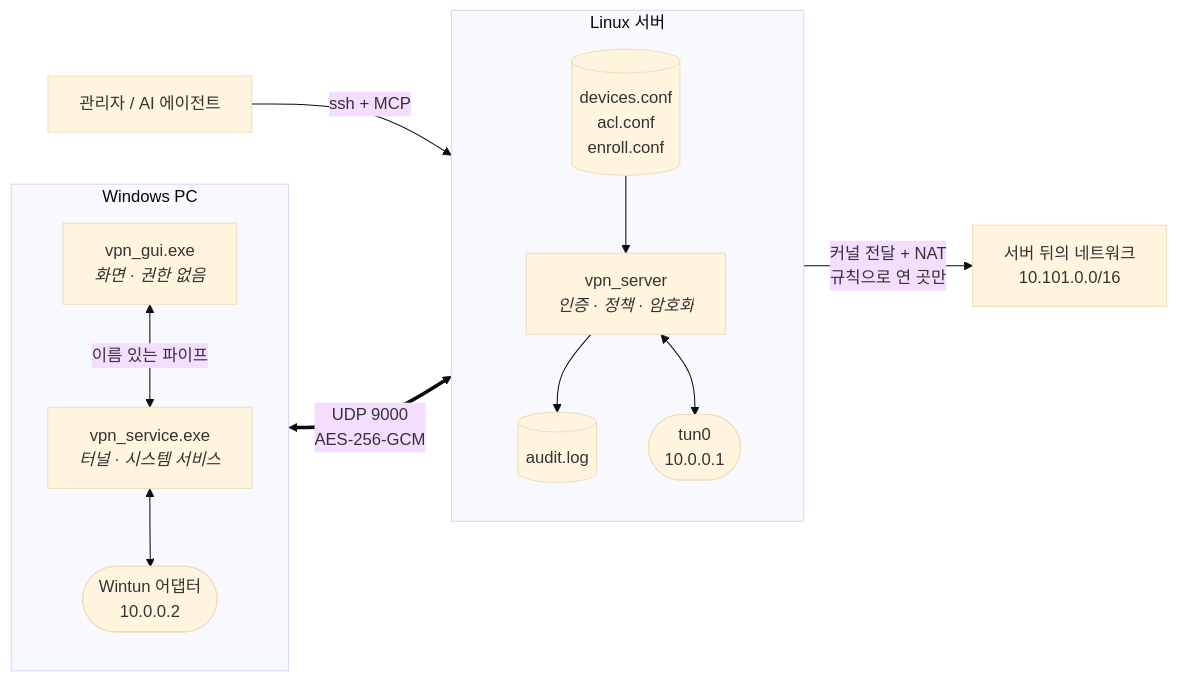
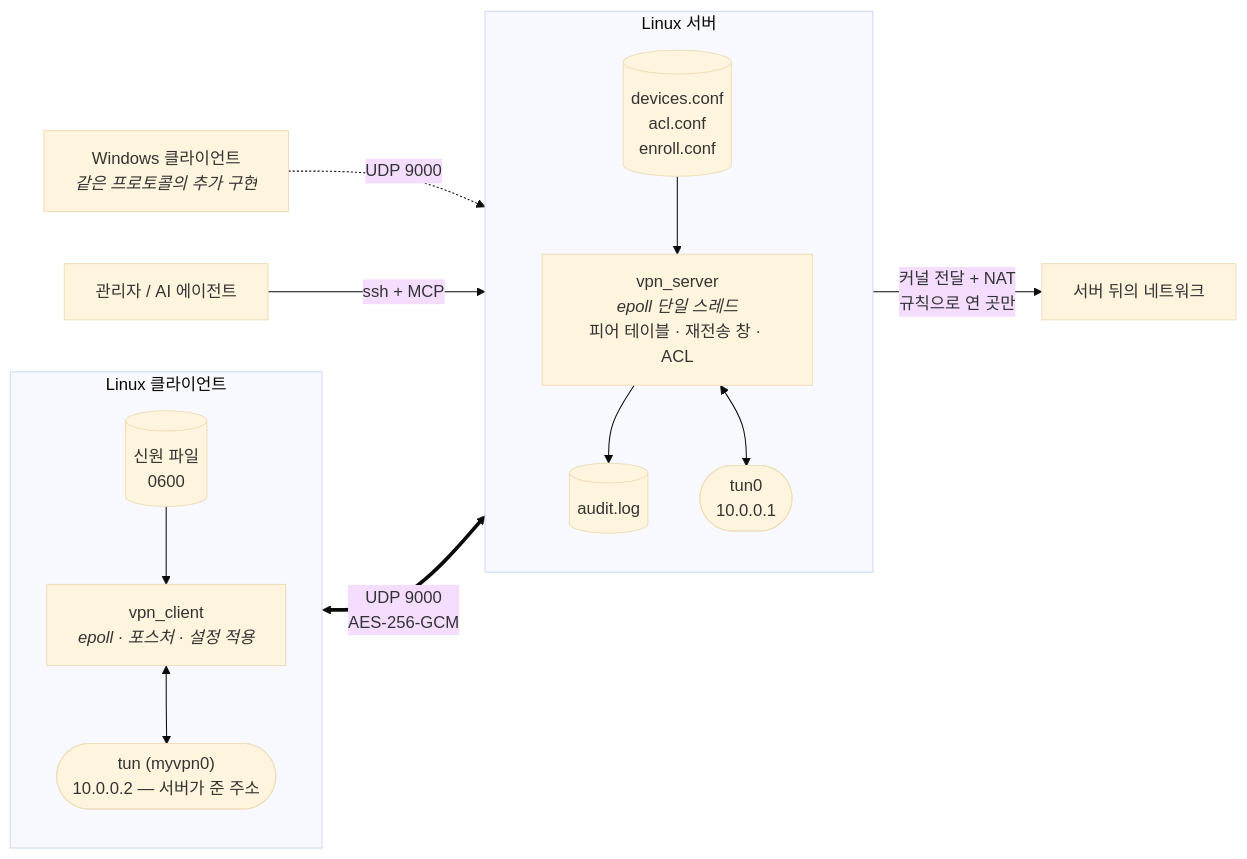
Before and after one commit to k1msatgat/my_vpn: the first of 3 diagrams in README.md, drawn with Mermaid (base theme). The commit also changed other lines of this file, not shown here.

First line of the commit message:
문서: README 를 Linux 서버·클라이언트 기준으로 다시 짠다

````diff
--- a/README.md
+++ b/README.md
@@ -35,29 +37,31 @@
 ```mermaid
 flowchart LR
-    subgraph PC["Windows PC"]
+    subgraph CLI["Linux 클라이언트"]
         direction TB
-        GUI["vpn_gui.exe<br/><i>화면 · 권한 없음</i>"]
-        SVC["vpn_service.exe<br/><i>터널 · 시스템 서비스</i>"]
-        WT(["Wintun 어댑터<br/>10.0.0.2"])
-        GUI <-->|"이름 있는 파이프"| SVC
-        SVC <--> WT
+        VC["vpn_client<br/><i>epoll · 포스처 · 설정 적용</i>"]
+        CT(["tun (myvpn0)<br/>10.0.0.2 — 서버가 준 주소"])
+        ID[("신원 파일<br/>0600")]
+        ID --> VC
+        VC <--> CT
     end
 
     subgraph SRV["Linux 서버"]
         direction TB
-        VS["vpn_server<br/><i>인증 · 정책 · 암호화</i>"]
+        VS["vpn_server<br/><i>epoll 단일 스레드</i><br/>피어 테이블 · 재전송 창 · ACL"]
         TUN(["tun0<br/>10.0.0.1"])
         CONF[("devices.conf<br/>acl.conf<br/>enroll.conf")]
         AUD[("audit.log")]
         CONF --> VS
         VS --> AUD
         VS <--> TUN
     end
 
-    NET["서버 뒤의 네트워크<br/>10.101.0.0/16"]
+    WIN["Windows 클라이언트<br/><i>같은 프로토콜의 추가 구현</i>"]
+    NET["서버 뒤의 네트워크"]
     ADMIN["관리자 / AI 에이전트"]
 
-    SVC <==>|"UDP 9000<br/>AES-256-GCM"| VS
+    VC <==>|"UDP 9000<br/>AES-256-GCM"| VS
+    WIN -.->|"UDP 9000"| VS
     TUN -->|"커널 전달 + NAT<br/>규칙으로 연 곳만"| NET
     ADMIN -->|"ssh + MCP"| CONF
 ```
````
